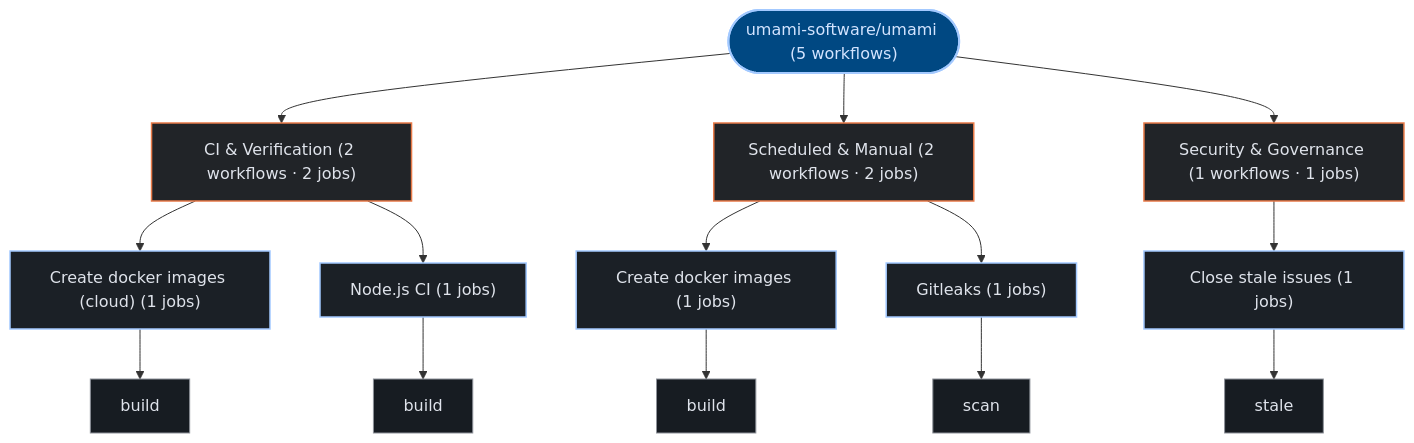
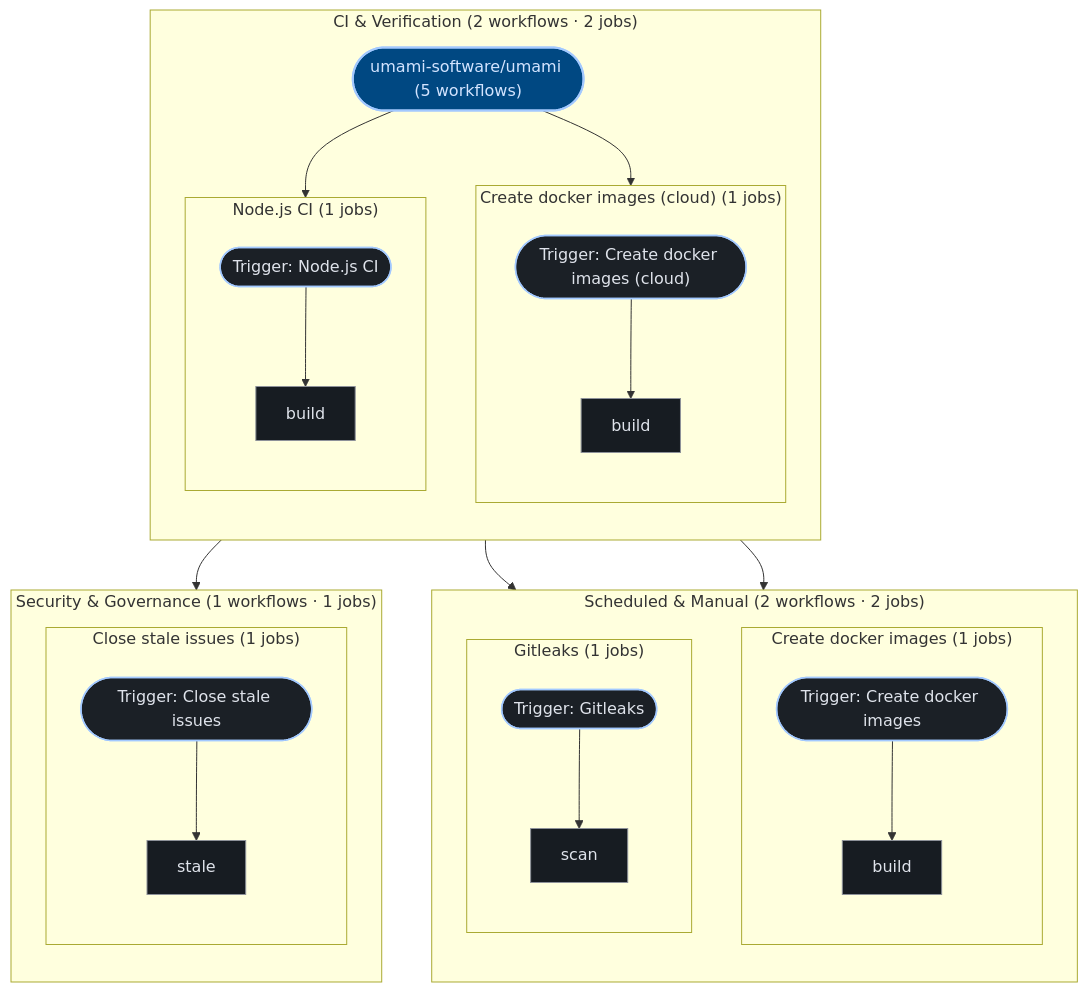
The third of 3 diagrams in exports/latest/reports/umami-software-umami-report.md (kumarshaz/atruss-code-atlas), drawn with Mermaid before and after one commit. The commit also changed 181 other files, not shown here.

````diff
--- a/exports/latest/reports/umami-software-umami-report.md
+++ b/exports/latest/reports/umami-software-umami-report.md
@@ -262,37 +262,55 @@
 ```mermaid
 graph TD;
   classDef atlasRoot fill:#004882,stroke:#a3c9ff,stroke-width:2px,color:#d3e4ff
   classDef atlasCategory fill:#212428,stroke:#E87A48,stroke-width:1.5px,color:#dfe3eb
   classDef atlasWorkflow fill:#1b2026,stroke:#a3c9ff,stroke-width:1.5px,color:#dfe3eb
   classDef atlasJob fill:#171c22,stroke:#8d9199,stroke-width:1px,color:#dfe3eb
   classDef atlasTarget fill:#005227,stroke:#8bd99b,stroke-width:1.5px,color:#a7f6b6
   classDef atlasAlert fill:#93000a,stroke:#ffb4ab,stroke-width:1.5px,color:#ffdad6
   classDef atlasMore fill:#252a31,stroke:#8d9199,stroke-dasharray:4 4,color:#c3c6cf
   pipeline_root(["umami-software/umami (5 workflows)"]):::atlasRoot
-  grp_0_CI___Verification["CI & Verification (2 workflows · 2 jobs)"]:::atlasCategory
-  pipeline_root --> grp_0_CI___Verification
-  wf_0_Create_docker_images__cloud_["Create docker images (cloud) (1 jobs)"]:::atlasWorkflow
-  grp_0_CI___Verification --> wf_0_Create_docker_images__cloud_
-  job_0_build["build"]:::atlasJob
-  wf_0_Create_docker_images__cloud_ --> job_0_build
-  wf_2_Node_js_CI["Node.js CI (1 jobs)"]:::atlasWorkflow
-  grp_0_CI___Verification --> wf_2_Node_js_CI
-  job_2_build["build"]:::atlasJob
-  wf_2_Node_js_CI --> job_2_build
-  grp_1_Scheduled___Manual["Scheduled & Manual (2 workflows · 2 jobs)"]:::atlasCategory
-  pipeline_root --> grp_1_Scheduled___Manual
-  wf_1_Create_docker_images["Create docker images (1 jobs)"]:::atlasWorkflow
-  grp_1_Scheduled___Manual --> wf_1_Create_docker_images
-  job_1_build["build"]:::atlasJob
-  wf_1_Create_docker_images --> job_1_build
-  wf_3_Gitleaks["Gitleaks (1 jobs)"]:::atlasWorkflow
-  grp_1_Scheduled___Manual --> wf_3_Gitleaks
-  job_3_scan["scan"]:::atlasJob
-  wf_3_Gitleaks --> job_3_scan
-  grp_2_Security___Governance["Security & Governance (1 workflows · 1 jobs)"]:::atlasCategory
-  pipeline_root --> grp_2_Security___Governance
-  wf_4_Close_stale_issues["Close stale issues (1 jobs)"]:::atlasWorkflow
-  grp_2_Security___Governance --> wf_4_Close_stale_issues
-  job_4_stale["stale"]:::atlasJob
-  wf_4_Close_stale_issues --> job_4_stale
+  subgraph sg_grp_0_CI___Verification["CI & Verification (2 workflows · 2 jobs)"]
+    direction TB
+    subgraph sg_wf_0_Create_docker_images__cloud_["Create docker images (cloud) (1 jobs)"]
+      direction TB
+      wf_0_Create_docker_images__cloud_(["Trigger: Create docker images (cloud)"]):::atlasWorkflow
+      job_0_build["build"]:::atlasJob
+      wf_0_Create_docker_images__cloud_ --> job_0_build
+    end
+    pipeline_root --> wf_0_Create_docker_images__cloud_
+    subgraph sg_wf_2_Node_js_CI["Node.js CI (1 jobs)"]
+      direction TB
+      wf_2_Node_js_CI(["Trigger: Node.js CI"]):::atlasWorkflow
+      job_2_build["build"]:::atlasJob
+      wf_2_Node_js_CI --> job_2_build
+    end
+    pipeline_root --> wf_2_Node_js_CI
+  end
+  subgraph sg_grp_1_Scheduled___Manual["Scheduled & Manual (2 workflows · 2 jobs)"]
+    direction TB
+    subgraph sg_wf_1_Create_docker_images["Create docker images (1 jobs)"]
+      direction TB
+      wf_1_Create_docker_images(["Trigger: Create docker images"]):::atlasWorkflow
+      job_1_build["build"]:::atlasJob
+      wf_1_Create_docker_images --> job_1_build
+    end
+    pipeline_root --> wf_1_Create_docker_images
+    subgraph sg_wf_3_Gitleaks["Gitleaks (1 jobs)"]
+      direction TB
+      wf_3_Gitleaks(["Trigger: Gitleaks"]):::atlasWorkflow
+      job_3_scan["scan"]:::atlasJob
+      wf_3_Gitleaks --> job_3_scan
+    end
+    pipeline_root --> wf_3_Gitleaks
+  end
+  subgraph sg_grp_2_Security___Governance["Security & Governance (1 workflows · 1 jobs)"]
+    direction TB
+    subgraph sg_wf_4_Close_stale_issues["Close stale issues (1 jobs)"]
+      direction TB
+      wf_4_Close_stale_issues(["Trigger: Close stale issues"]):::atlasWorkflow
+      job_4_stale["stale"]:::atlasJob
+      wf_4_Close_stale_issues --> job_4_stale
+    end
+    pipeline_root --> wf_4_Close_stale_issues
+  end
 ```
````
